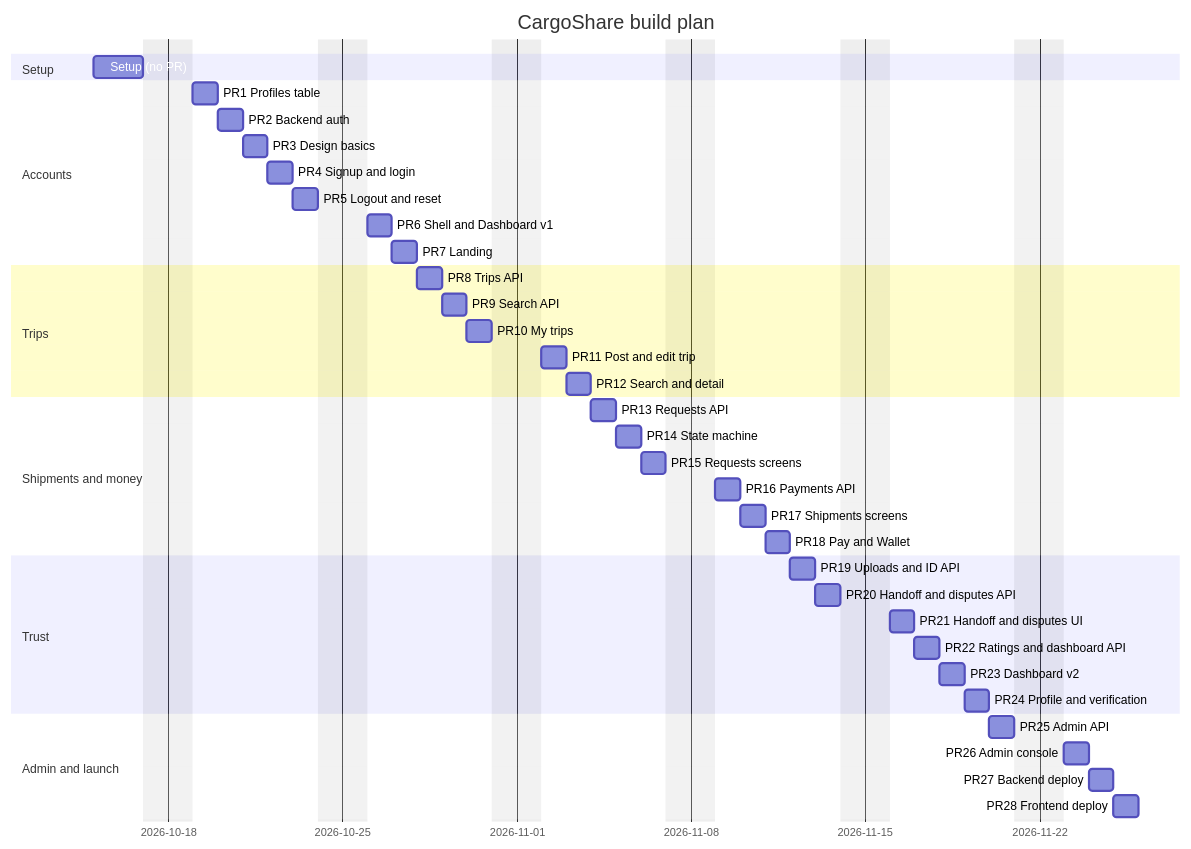
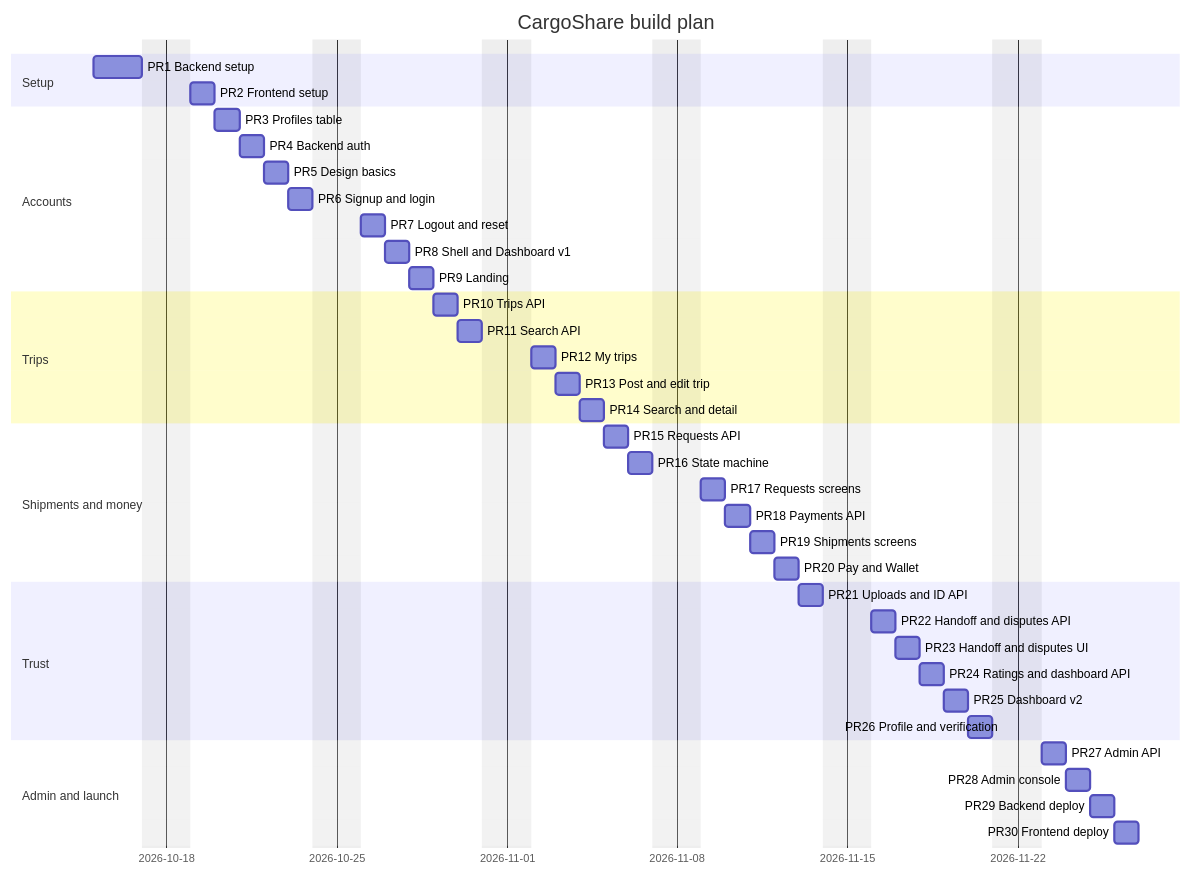
Before and after one commit to Abubakar-Zahir/cargoshare: the fourth of 4 diagrams in docs/ROADMAP.md, drawn with Mermaid. The commit also changed other lines of this file and 2 other files, not shown here.

First line of the commit message:
docs: renumber roadmap and update working rules

````diff
--- a/docs/ROADMAP.md
+++ b/docs/ROADMAP.md
@@ -377,41 +384,42 @@
 ```mermaid
 gantt
     title CargoShare build plan
     dateFormat YYYY-MM-DD
     excludes weekends
     section Setup
-    Setup (no PR)                    :s0, 2026-10-15, 2d
+    PR1 Backend setup                :p1, 2026-10-15, 2d
+    PR2 Frontend setup               :p2, 2026-10-19, 1d
     section Accounts
-    PR1 Profiles table               :p1, 2026-10-19, 1d
-    PR2 Backend auth                 :p2, after p1, 1d
-    PR3 Design basics                :p3, after p2, 1d
-    PR4 Signup and login             :p4, after p3, 1d
-    PR5 Logout and reset             :p5, after p4, 1d
-    PR6 Shell and Dashboard v1       :p6, after p5, 1d
-    PR7 Landing                      :p7, after p6, 1d
+    PR3 Profiles table               :p3, after p2, 1d
+    PR4 Backend auth                 :p4, after p3, 1d
+    PR5 Design basics                :p5, after p4, 1d
+    PR6 Signup and login             :p6, after p5, 1d
+    PR7 Logout and reset             :p7, after p6, 1d
+    PR8 Shell and Dashboard v1       :p8, after p7, 1d
+    PR9 Landing                      :p9, after p8, 1d
     section Trips
-    PR8 Trips API                    :p8, after p7, 1d
-    PR9 Search API                   :p9, after p8, 1d
-    PR10 My trips                    :p10, after p9, 1d
-    PR11 Post and edit trip          :p11, after p10, 1d
-    PR12 Search and detail           :p12, after p11, 1d
+    PR10 Trips API                    :p10, after p9, 1d
+    PR11 Search API                   :p11, after p10, 1d
+    PR12 My trips                    :p12, after p11, 1d
+    PR13 Post and edit trip          :p13, after p12, 1d
+    PR14 Search and detail           :p14, after p13, 1d
     section Shipments and money
-    PR13 Requests API                :p13, after p12, 1d
-    PR14 State machine               :p14, after p13, 1d
-    PR15 Requests screens            :p15, after p14, 1d
-    PR16 Payments API                :p16, after p15, 1d
-    PR17 Shipments screens           :p17, after p16, 1d
-    PR18 Pay and Wallet              :p18, after p17, 1d
+    PR15 Requests API                :p15, after p14, 1d
+    PR16 State machine               :p16, after p15, 1d
+    PR17 Requests screens            :p17, after p16, 1d
+    PR18 Payments API                :p18, after p17, 1d
+    PR19 Shipments screens           :p19, after p18, 1d
+    PR20 Pay and Wallet              :p20, after p19, 1d
     section Trust
-    PR19 Uploads and ID API          :p19, after p18, 1d
-    PR20 Handoff and disputes API    :p20, after p19, 1d
-    PR21 Handoff and disputes UI     :p21, after p20, 1d
-    PR22 Ratings and dashboard API   :p22, after p21, 1d
-    PR23 Dashboard v2                :p23, after p22, 1d
-    PR24 Profile and verification    :p24, after p23, 1d
+    PR21 Uploads and ID API          :p21, after p20, 1d
+    PR22 Handoff and disputes API    :p22, after p21, 1d
+    PR23 Handoff and disputes UI     :p23, after p22, 1d
+    PR24 Ratings and dashboard API   :p24, after p23, 1d
+    PR25 Dashboard v2                :p25, after p24, 1d
+    PR26 Profile and verification    :p26, after p25, 1d
     section Admin and launch
-    PR25 Admin API                   :p25, after p24, 1d
-    PR26 Admin console               :p26, after p25, 1d
-    PR27 Backend deploy              :p27, after p26, 1d
-    PR28 Frontend deploy             :p28, after p27, 1d
+    PR27 Admin API                   :p27, after p26, 1d
+    PR28 Admin console               :p28, after p27, 1d
+    PR29 Backend deploy              :p29, after p28, 1d
+    PR30 Frontend deploy             :p30, after p29, 1d
 ```
````
